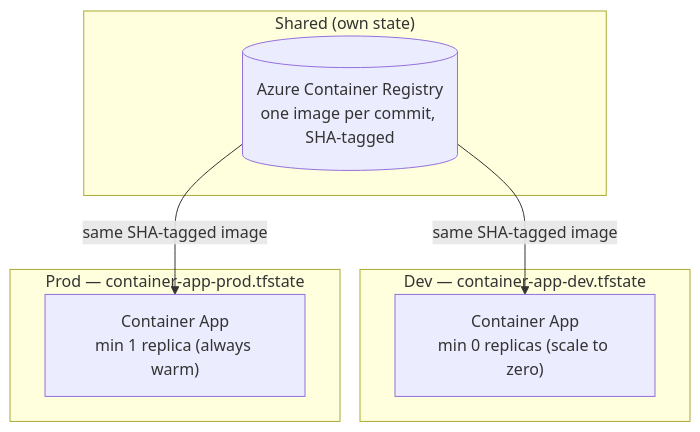
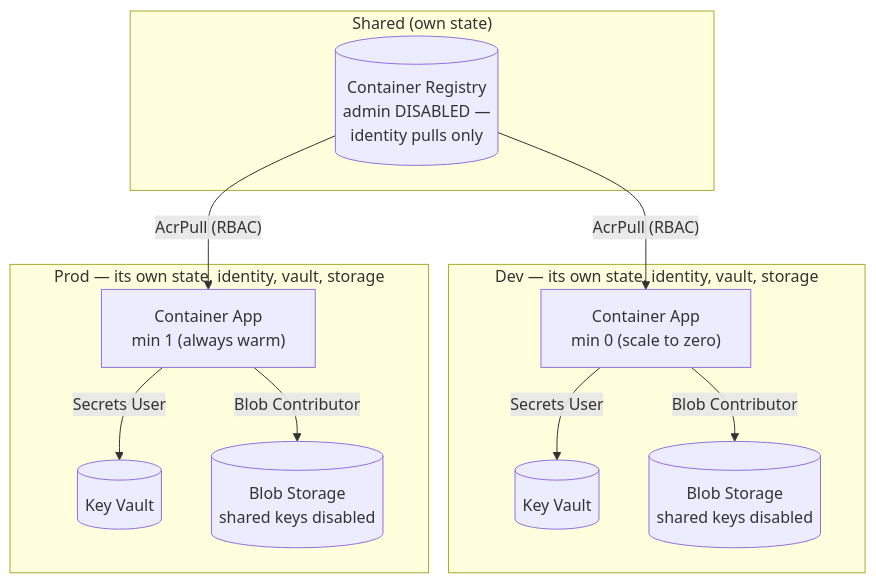
Before and after one commit to MollyMadel3ine/azure-container-iac: the first of 2 diagrams in README.md, drawn with Mermaid. The commit also changed other lines of this file and 6 other files, not shown here.

````diff
--- a/README.md
+++ b/README.md
@@ -16,17 +19,25 @@
 ```mermaid
 flowchart TB
     subgraph shared["Shared (own state)"]
-        acr[("Azure Container Registry<br/>one image per commit, SHA-tagged")]
+        acr[("Container Registry<br/>admin DISABLED —<br/>identity pulls only")]
     end
 
-    subgraph dev["Dev — container-app-dev.tfstate"]
-        devapp["Container App<br/>min 0 replicas (scale to zero)"]
+    subgraph dev["Dev — its own state, identity, vault, storage"]
+        devapp["Container App<br/>min 0 (scale to zero)"]
+        devkv[("Key Vault")]
+        devst[("Blob Storage<br/>shared keys disabled")]
     end
 
-    subgraph prod["Prod — container-app-prod.tfstate"]
-        prodapp["Container App<br/>min 1 replica (always warm)"]
+    subgraph prod["Prod — its own state, identity, vault, storage"]
+        prodapp["Container App<br/>min 1 (always warm)"]
+        prodkv[("Key Vault")]
+        prodst[("Blob Storage<br/>shared keys disabled")]
     end
 
-    acr -- "same SHA-tagged image" --> devapp
-    acr -- "same SHA-tagged image" --> prodapp
+    acr -- "AcrPull (RBAC)" --> devapp
+    acr -- "AcrPull (RBAC)" --> prodapp
+    devapp -- "Secrets User" --> devkv
+    devapp -- "Blob Contributor" --> devst
+    prodapp -- "Secrets User" --> prodkv
+    prodapp -- "Blob Contributor" --> prodst
 ```
````
